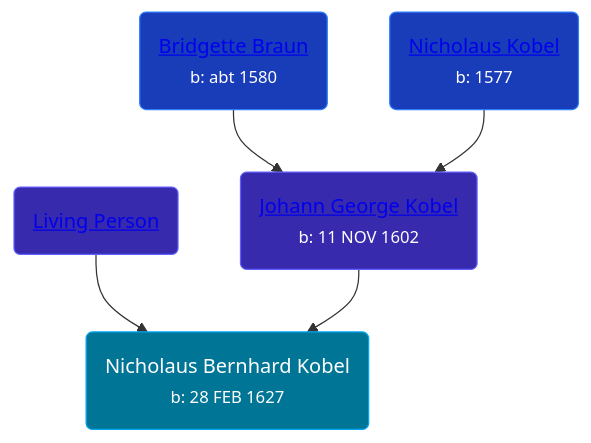
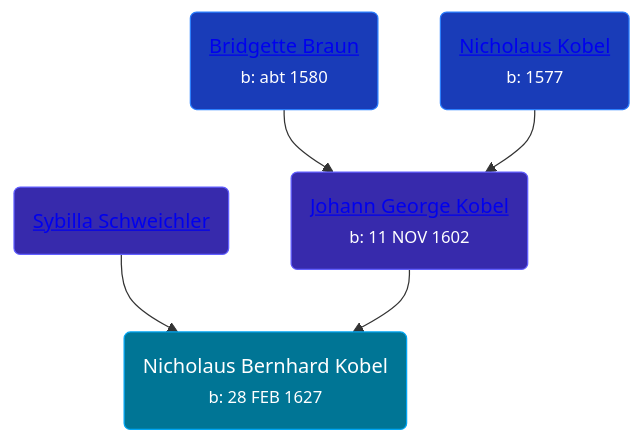
The diagram in pages/people/5/51558544.md (wpmgotkh/wpmgotkh.github.io), drawn with Mermaid before and after one commit. The commit also changed other lines of this file and 586 other files, not shown here.

Commit message:
feat: better shouldConsiderPersonLiving algo

````diff
--- a/pages/people/5/51558544.md
+++ b/pages/people/5/51558544.md
@@ -11,11 +11,11 @@
 ```mermaid
 graph
 classDef grands fill:#193cb8,stroke:#2b7fff,stroke-width:1px,color:#fff;
 classDef parents fill:#372aac,stroke:#615fff,stroke-width:1px,color:#fff;
 classDef primary fill:#007595,stroke:#00a6f4,stroke-width:1px,color:#fff;
 51558544(Nicholaus Bernhard Kobel<br /><small>b: 28 FEB 1627</small>):::primary
-19897612(<a class="text-white" href="/people/1/19897612">Living Person</a>):::parents-->51558544
+19897612(<a class="text-white" href="/people/1/19897612">Sybilla Schweichler</a>):::parents-->51558544
 13002801(<a class="text-white" href="/people/1/13002801">Johann George Kobel</a><br /><small>b: 11 NOV 1602</small>):::parents-->51558544
 81499716(<a class="text-white" href="/people/8/81499716">Bridgette Braun</a><br /><small>b: abt 1580</small>):::grands-->13002801
 41497852(<a class="text-white" href="/people/4/41497852">Nicholaus Kobel</a><br /><small>b: 1577</small>):::grands-->13002801
 ```
````
